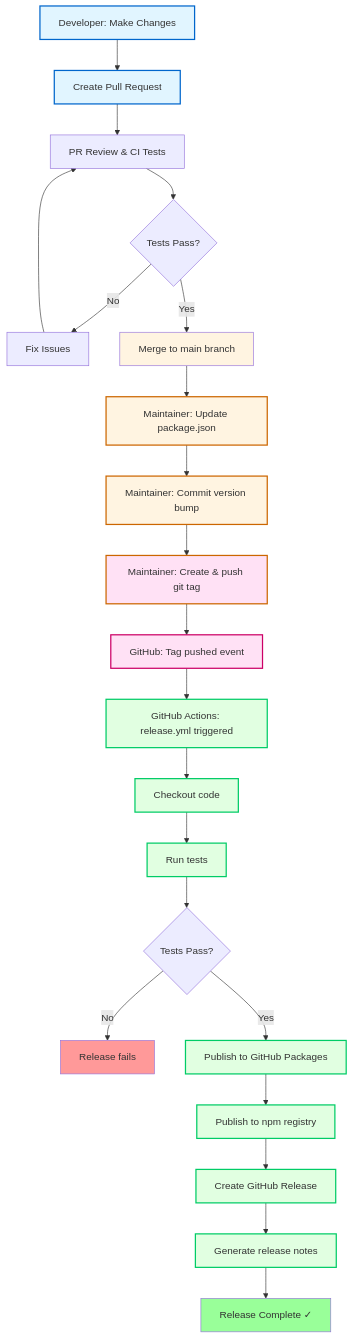
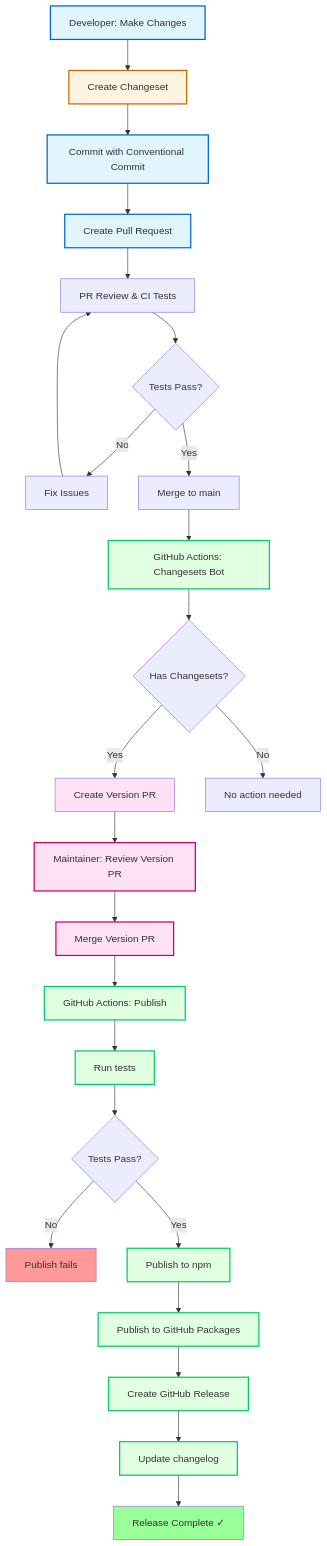
One commit to andylockran/overload-protection changed the first of 2 diagrams in CONTRIBUTING.md. Above: the diagram before and after it, drawn with Mermaid. The commit also changed other lines of this file and 6 other files, not shown here.

Commit message:
Migrate to Changesets for automated version management with conventional commits

````diff
--- a/CONTRIBUTING.md
+++ b/CONTRIBUTING.md
@@ -86,44 +165,46 @@
 ```mermaid
 flowchart TD
-    A[Developer: Make Changes] --> B[Create Pull Request]
-    B --> C[PR Review & CI Tests]
-    C --> D{Tests Pass?}
-    D -->|No| E[Fix Issues]
-    E --> C
-    D -->|Yes| F[Merge to main branch]
+    A[Developer: Make Changes] --> B[Create Changeset]
+    B --> C[Commit with Conventional Commit]
+    C --> D[Create Pull Request]
+    D --> E[PR Review & CI Tests]
+    E --> F{Tests Pass?}
+    F -->|No| G[Fix Issues]
+    G --> E
+    F -->|Yes| H[Merge to main]
     
-    F --> G[Maintainer: Update package.json]
-    G --> H[Maintainer: Commit version bump]
-    H --> I[Maintainer: Create & push git tag]
+    H --> I[GitHub Actions: Changesets Bot]
+    I --> J{Has Changesets?}
+    J -->|Yes| K[Create Version PR]
+    J -->|No| L[No action needed]
     
-    I --> J[GitHub: Tag pushed event]
-    J --> K[GitHub Actions: release.yml triggered]
+    K --> M[Maintainer: Review Version PR]
+    M --> N[Merge Version PR]
+    N --> O[GitHub Actions: Publish]
     
-    K --> L[Checkout code]
-    L --> M[Run tests]
-    M --> N{Tests Pass?}
-    N -->|No| O[Release fails]
-    N -->|Yes| P[Publish to GitHub Packages]
-    
-    P --> Q[Publish to npm registry]
-    Q --> R[Create GitHub Release]
-    R --> S[Generate release notes]
-    S --> T[Release Complete ✓]
+    O --> P[Run tests]
+    P --> Q{Tests Pass?}
+    Q -->|No| R[Publish fails]
+    Q -->|Yes| S[Publish to npm]
+    S --> T[Publish to GitHub Packages]
+    T --> U[Create GitHub Release]
+    U --> V[Update changelog]
+    V --> W[Release Complete ✓]
     
     style A fill:#e1f5ff
-    style F fill:#fff4e1
-    style I fill:#ffe1f5
-    style K fill:#e1ffe1
-    style T fill:#99ff99
-    style O fill:#ff9999
+    style B fill:#fff4e1
+    style K fill:#ffe1f5
+    style O fill:#e1ffe1
+    style W fill:#99ff99
+    style R fill:#ff9999
     
-    classDef userAction fill:#e1f5ff,stroke:#0066cc,stroke-width:2px
-    classDef maintainerAction fill:#fff4e1,stroke:#cc6600,stroke-width:2px
-    classDef triggerAction fill:#ffe1f5,stroke:#cc0066,stroke-width:2px
+    classDef devAction fill:#e1f5ff,stroke:#0066cc,stroke-width:2px
+    classDef changesetAction fill:#fff4e1,stroke:#cc6600,stroke-width:2px
+    classDef maintainerAction fill:#ffe1f5,stroke:#cc0066,stroke-width:2px
     classDef automatedAction fill:#e1ffe1,stroke:#00cc66,stroke-width:2px
     
-    class A,B userAction
-    class G,H,I maintainerAction
-    class J triggerAction
-    class K,L,M,P,Q,R,S automatedAction
+    class A,C,D devAction
+    class B changesetAction
+    class M,N maintainerAction
+    class I,O,P,S,T,U,V automatedAction
 ```
````
